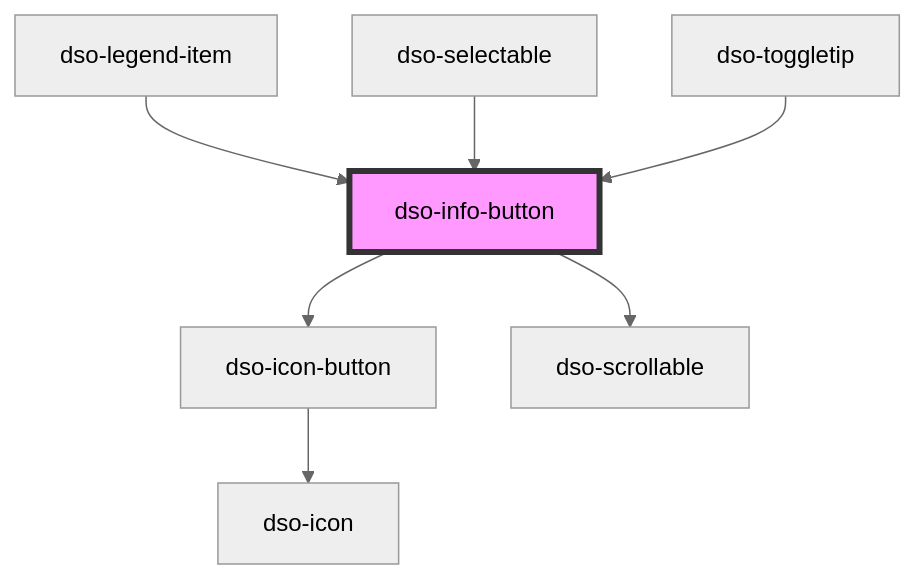
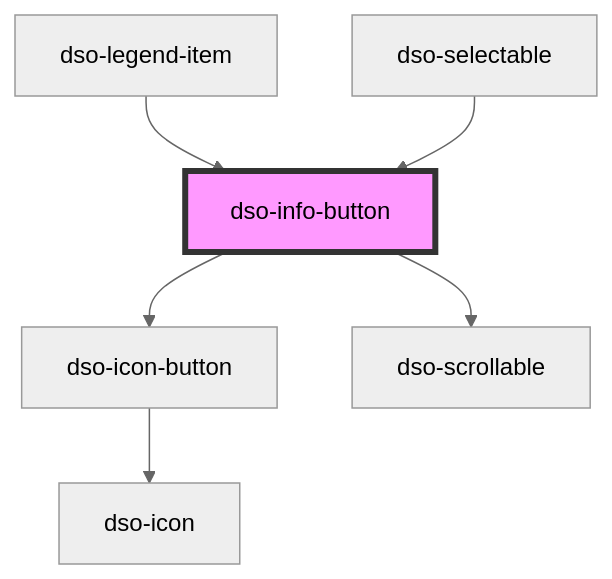
The diagram in packages/core/src/components/info-button/readme.md (dso-toolkit/dso-toolkit), drawn with Mermaid (neutral theme) before and after one commit. The commit also changed other lines of this file and 50 other files, not shown here.

````diff
--- a/packages/core/src/components/info-button/readme.md
+++ b/packages/core/src/components/info-button/readme.md
@@ -65,10 +64,9 @@
 ```mermaid
 graph TD;
   dso-info-button --> dso-icon-button
   dso-info-button --> dso-scrollable
   dso-icon-button --> dso-icon
   dso-legend-item --> dso-info-button
   dso-selectable --> dso-info-button
-  dso-toggletip --> dso-info-button
   style dso-info-button fill:#f9f,stroke:#333,stroke-width:4px
 ```
````
